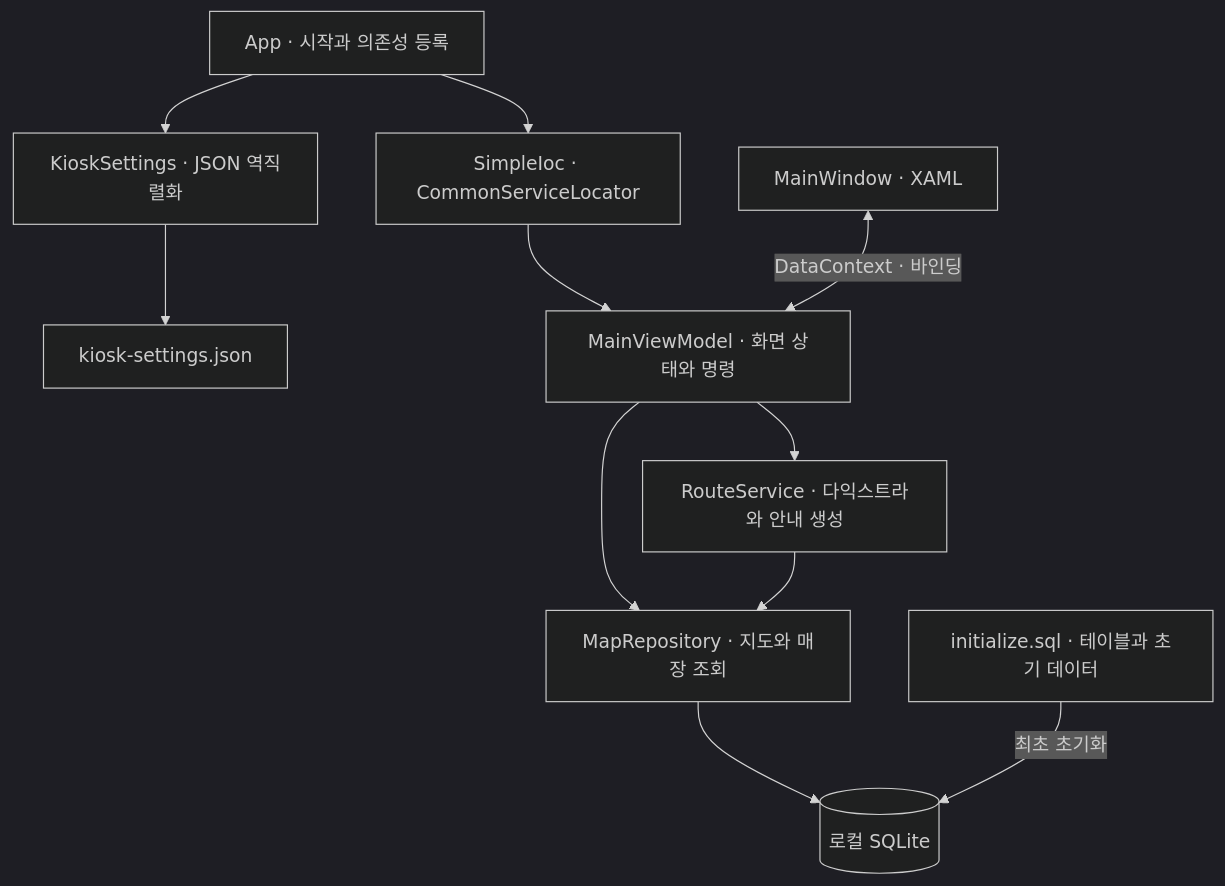
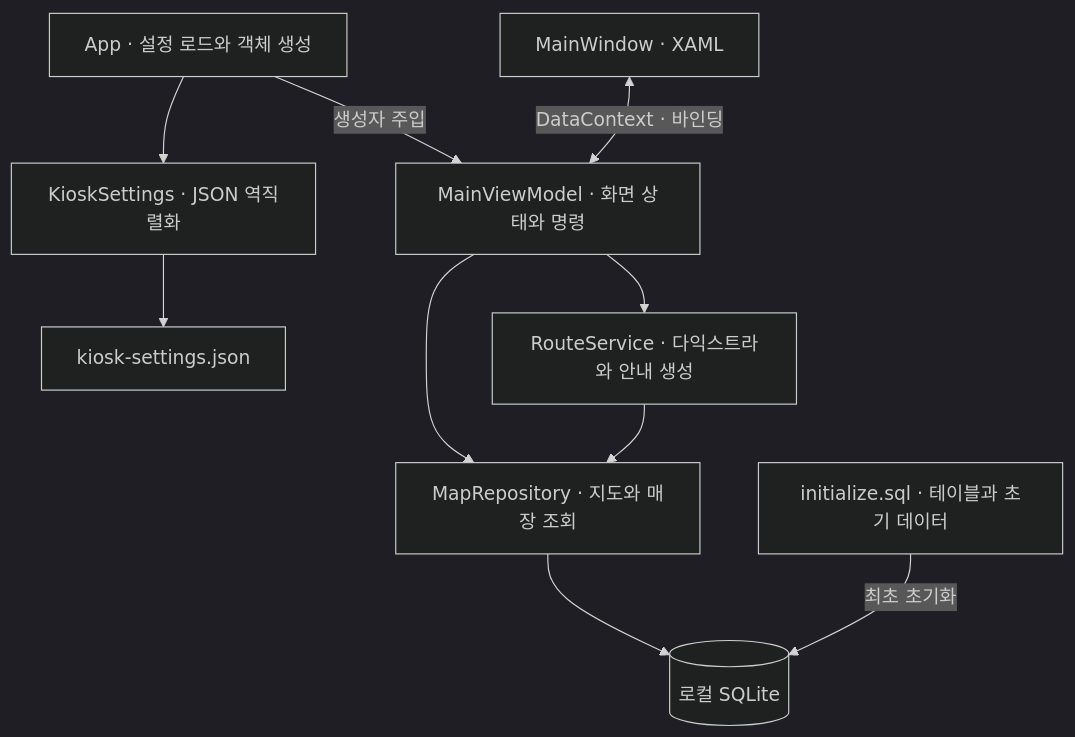
One commit to baeseojin/MALL-WAY-migration- changed the second of 2 diagrams in README.md. Above: the diagram before and after it, drawn with Mermaid (dark theme). The commit also changed other lines of this file, not shown here.

````diff
--- a/README.md
+++ b/README.md
@@ -101,13 +101,12 @@
 ```mermaid
 flowchart TB
-    APP[App · 시작과 의존성 등록] --> SETTINGS[KioskSettings · JSON 역직렬화]
+    APP[App · 설정 로드와 객체 생성] --> SETTINGS[KioskSettings · JSON 역직렬화]
     SETTINGS --> JSON[kiosk-settings.json]
-    APP --> IOC[SimpleIoc · CommonServiceLocator]
-    IOC --> VM[MainViewModel · 화면 상태와 명령]
+    APP -->|생성자 주입| VM[MainViewModel · 화면 상태와 명령]
     VIEW[MainWindow · XAML] <-->|DataContext · 바인딩| VM
     VM --> REPO[MapRepository · 지도와 매장 조회]
     VM --> ROUTE[RouteService · 다익스트라와 안내 생성]
     ROUTE --> REPO
     REPO --> DB[(로컬 SQLite)]
     SQL[initialize.sql · 테이블과 초기 데이터] -->|최초 초기화| DB
 ```
````
